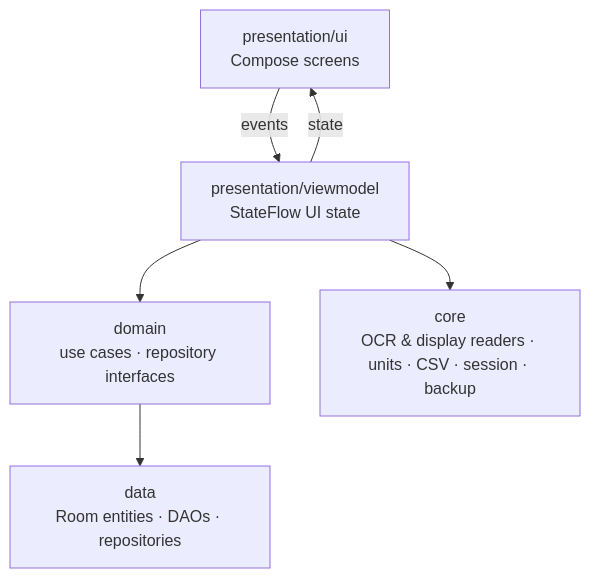
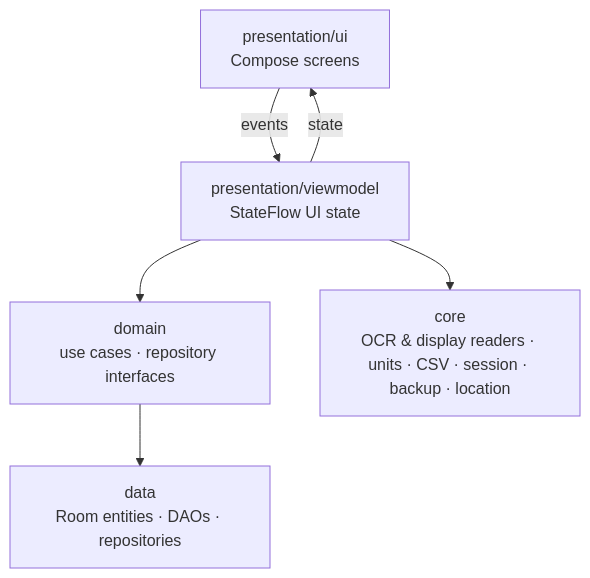
The third of 3 diagrams in README.md (maxcodl/Odo), drawn with Mermaid before and after one commit. The commit also changed other lines of this file and 4 other files, not shown here.

````diff
--- a/README.md
+++ b/README.md
@@ -125,8 +159,8 @@
 ```mermaid
 flowchart TB
     UI["presentation/ui<br/>Compose screens"] -->|events| VM["presentation/viewmodel<br/>StateFlow UI state"]
     VM -->|state| UI
     VM --> UC["domain<br/>use cases · repository interfaces"]
     UC --> DATA["data<br/>Room entities · DAOs · repositories"]
-    VM --> CORE["core<br/>OCR & display readers · units · CSV · session · backup"]
+    VM --> CORE["core<br/>OCR & display readers · units · CSV · session · backup · location"]
 ```
````
